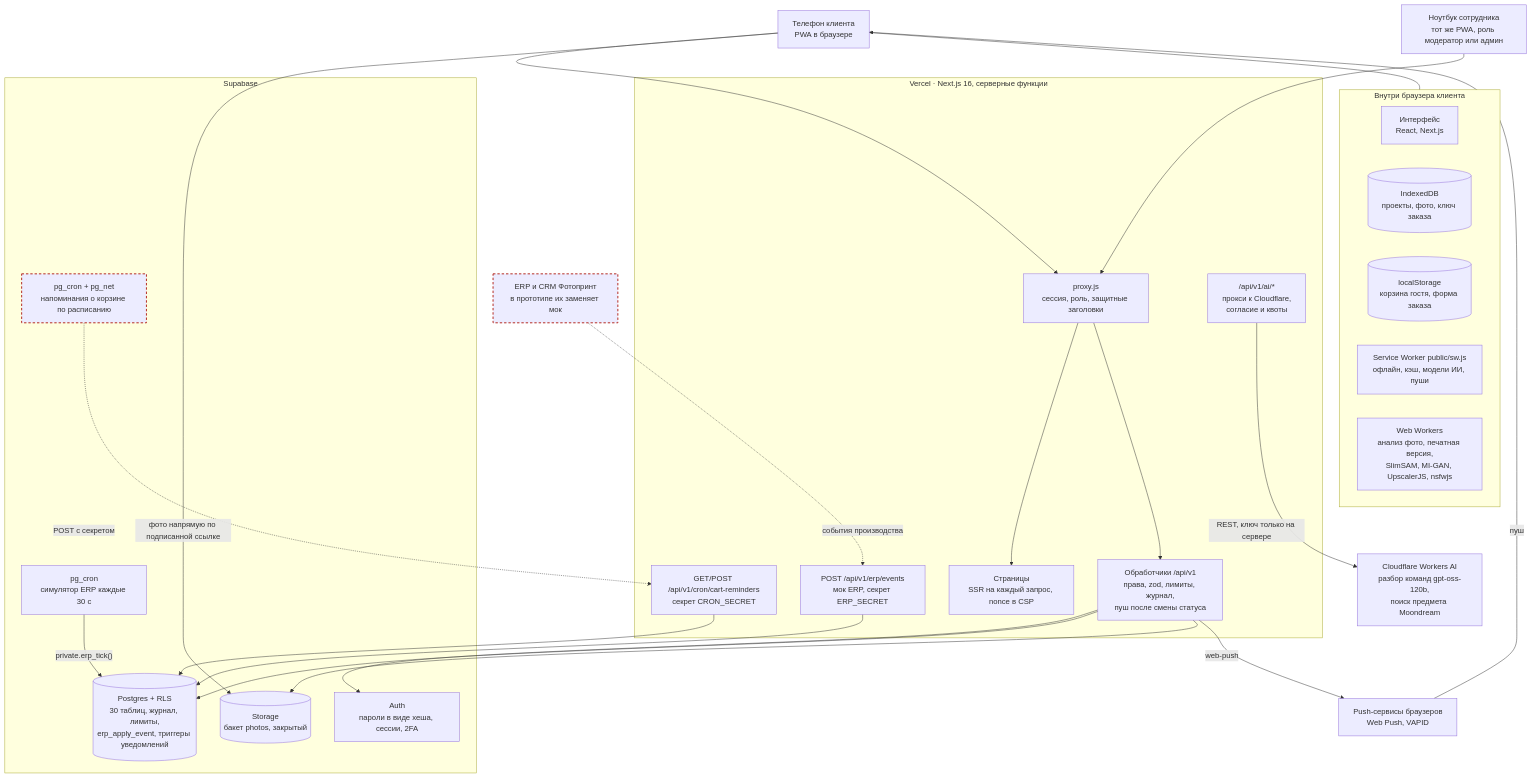
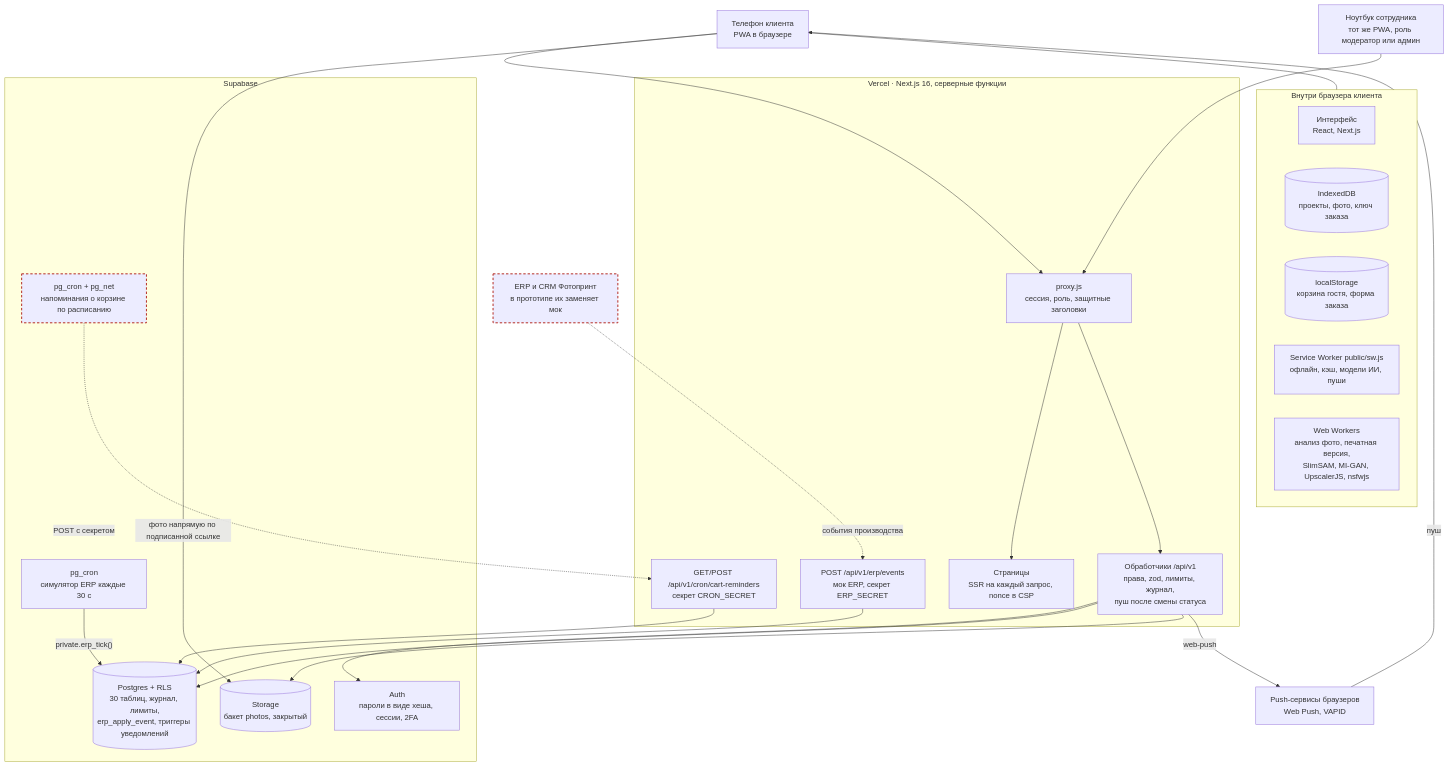
The first of 8 diagrams in docs/architecture.md (Vpragma/picpac-app), drawn with Mermaid before and after one commit. The commit also changed other lines of this file and 36 other files, not shown here.

````diff
--- a/docs/architecture.md
+++ b/docs/architecture.md
@@ -13,54 +13,51 @@
 ```mermaid
 flowchart TB
   classDef planned stroke-dasharray: 5 4,stroke:#b3261e,stroke-width:2px
 
   phone["Телефон клиента<br/>PWA в браузере"]
   laptop["Ноутбук сотрудника<br/>тот же PWA, роль модератор или админ"]
 
   subgraph vercel["Vercel · Next.js 16, серверные функции"]
     proxy["proxy.js<br/>сессия, роль, защитные заголовки"]
     pages["Страницы<br/>SSR на каждый запрос, nonce в CSP"]
     api["Обработчики /api/v1<br/>права, zod, лимиты, журнал,<br/>пуш после смены статуса"]
     erpapi["POST /api/v1/erp/events<br/>мок ERP, секрет ERP_SECRET"]
     cronapi["GET/POST /api/v1/cron/cart-reminders<br/>секрет CRON_SECRET"]
-    aiapi["/api/v1/ai/*<br/>прокси к Cloudflare,<br/>согласие и квоты"]
   end
 
   subgraph supa["Supabase"]
     auth["Auth<br/>пароли в виде хеша, сессии, 2FA"]
     db[("Postgres + RLS<br/>30 таблиц, журнал, лимиты,<br/>erp_apply_event, триггеры уведомлений")]
     storage[("Storage<br/>бакет photos, закрытый")]
     cron["pg_cron<br/>симулятор ERP каждые 30 с"]
     remind["pg_cron + pg_net<br/>напоминания о корзине по расписанию"]:::planned
   end
 
-  cf["Cloudflare Workers AI<br/>разбор команд gpt-oss-120b,<br/>поиск предмета Moondream"]
   push["Push-сервисы браузеров<br/>Web Push, VAPID"]
   erp["ERP и CRM Фотопринт<br/>в прототипе их заменяет мок"]:::planned
 
   subgraph device["Внутри браузера клиента"]
     ui["Интерфейс<br/>React, Next.js"]
     idb[("IndexedDB<br/>проекты, фото, ключ заказа")]
     ls[("localStorage<br/>корзина гостя, форма заказа")]
     sw["Service Worker public/sw.js<br/>офлайн, кэш, модели ИИ, пуши"]
     aiw["Web Workers<br/>анализ фото, печатная версия,<br/>SlimSAM, MI-GAN, UpscalerJS, nsfwjs"]
   end
 
   phone --- device
   phone --> proxy
   laptop --> proxy
   proxy --> pages
   proxy --> api
   api --> auth
   api --> db
   api --> storage
   phone -->|"фото напрямую по подписанной ссылке"| storage
   cron -->|"private.erp_tick()"| db
   remind -.->|"POST с секретом"| cronapi
   erp -.->|"события производства"| erpapi
   erpapi --> db
   cronapi --> db
-  aiapi -->|"REST, ключ только на сервере"| cf
   api -->|"web-push"| push
   push -->|"пуш"| phone
 ```
````
